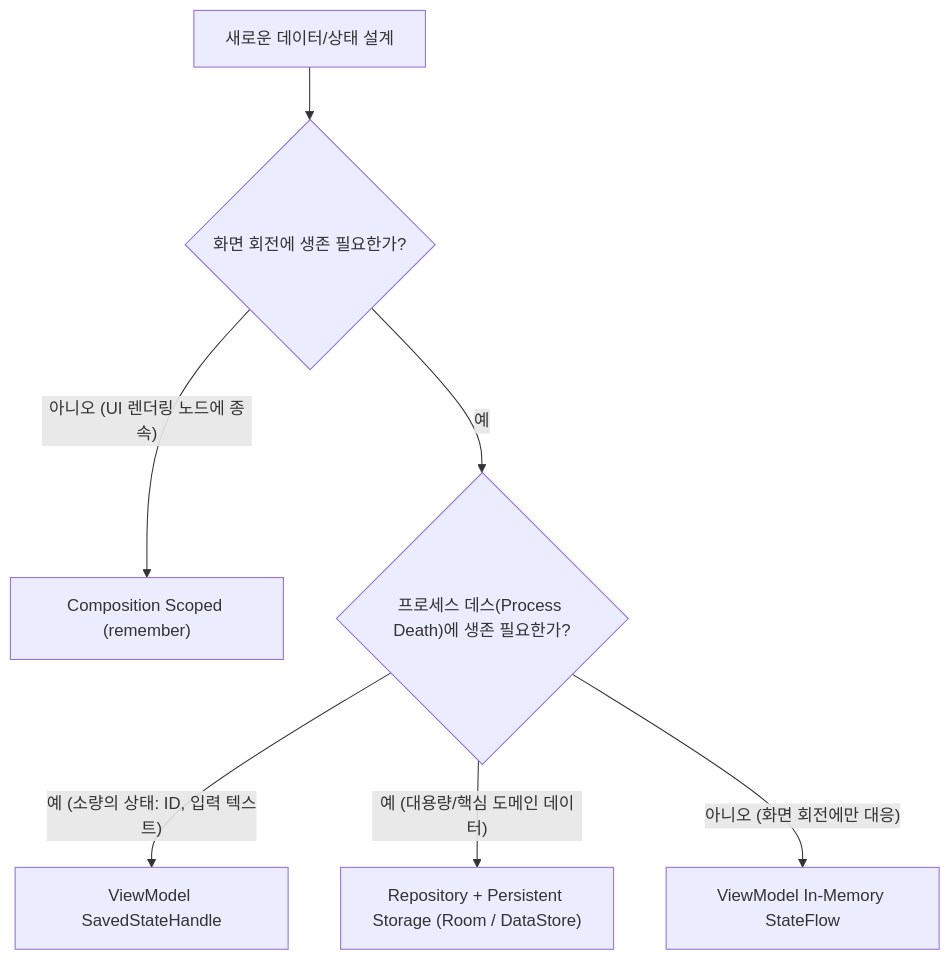
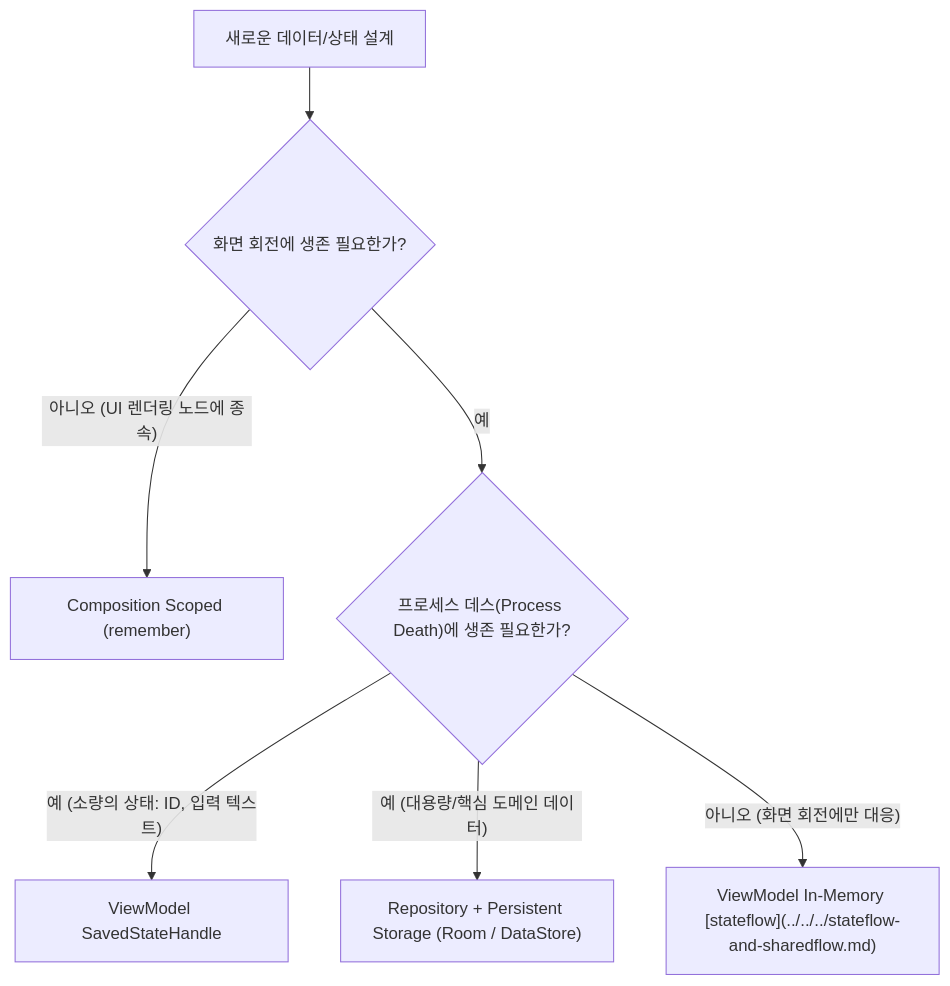
One commit to youngmin-gwon/what-i-studied changed the diagram in 01_inbox/mobile/android/02_app_framework/architecture/jetpack-architecture/architecture-contracts/architecture-decisions-start-from-owner-lifetime-and-survival-requirements.md. Above: the diagram before and after it, drawn with Mermaid. The commit also changed other lines of this file and 185 other files, not shown here.

````diff
--- a/01_inbox/mobile/android/02_app_framework/architecture/jetpack-architecture/architecture-contracts/architecture-decisions-start-from-owner-lifetime-and-survival-requirements.md
+++ b/01_inbox/mobile/android/02_app_framework/architecture/jetpack-architecture/architecture-contracts/architecture-decisions-start-from-owner-lifetime-and-survival-requirements.md
@@ -36,9 +36,9 @@
 ```mermaid
 flowchart TD
     A["새로운 데이터/상태 설계"] --> B{"화면 회전에 생존 필요한가?"}
     B -- "아니오 (UI 렌더링 노드에 종속)" --> C["Composition Scoped (remember)"]
     B -- "예" --> D{"프로세스 데스(Process Death)에 생존 필요한가?"}
     D -- "예 (소량의 상태: ID, 입력 텍스트)" --> E["ViewModel SavedStateHandle"]
     D -- "예 (대용량/핵심 도메인 데이터)" --> F["Repository + Persistent Storage (Room / DataStore)"]
-    D -- "아니오 (화면 회전에만 대응)" --> G["ViewModel In-Memory StateFlow"]
+    D -- "아니오 (화면 회전에만 대응)" --> G["ViewModel In-Memory [stateflow](../../../stateflow-and-sharedflow.md)"]
 ```
````
